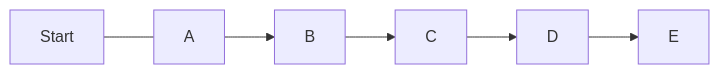
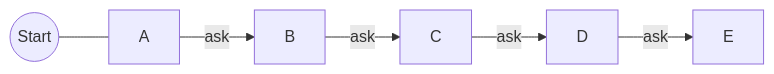
The first of 2 diagrams in src/competitive-programming/recursion.md (AdonNeet/campus_notebooks), drawn with Mermaid before and after one commit. The commit also changed other lines of this file, not shown here.

````diff
--- a/src/competitive-programming/recursion.md
+++ b/src/competitive-programming/recursion.md
@@ -16,5 +16,5 @@
 ```mermaid
 flowchart LR
-	Start --- A --> B --> C --> D --> E
+	X((Start)) --- A -- ask --> B -- ask --> C -- ask --> D -- ask --> E
 
 ```
````
